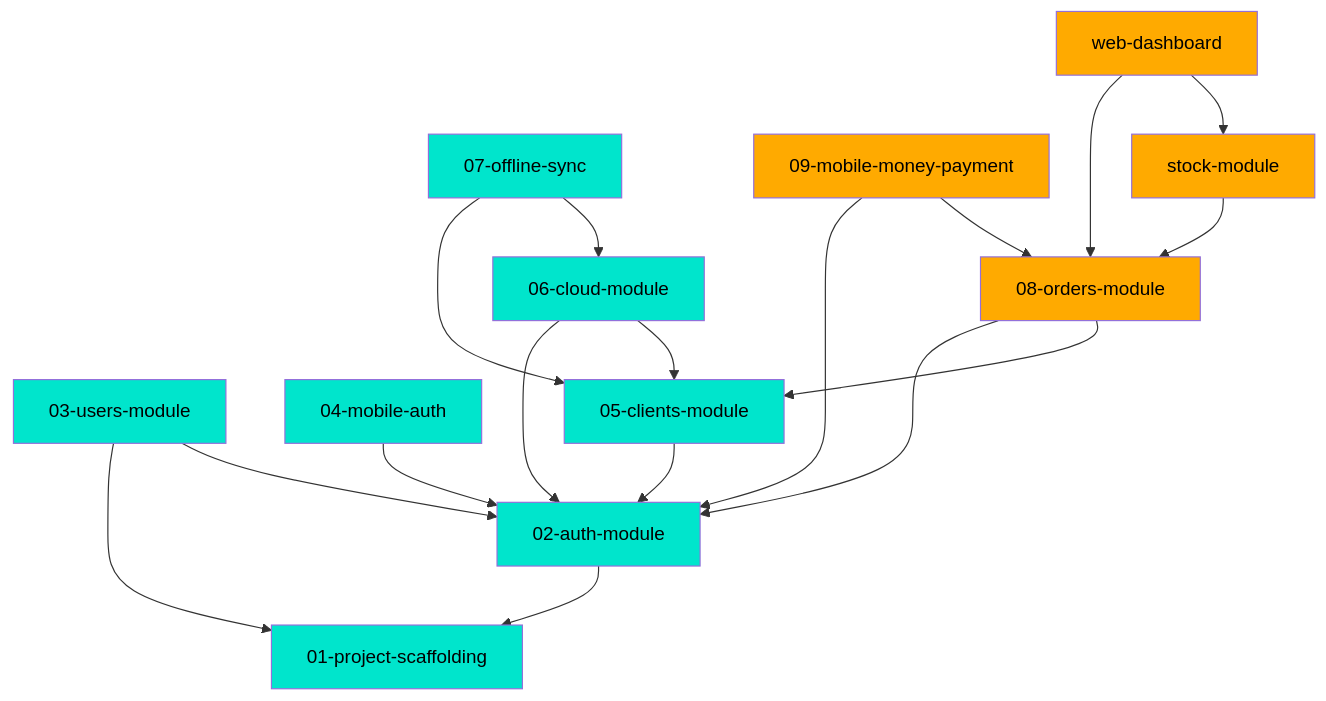
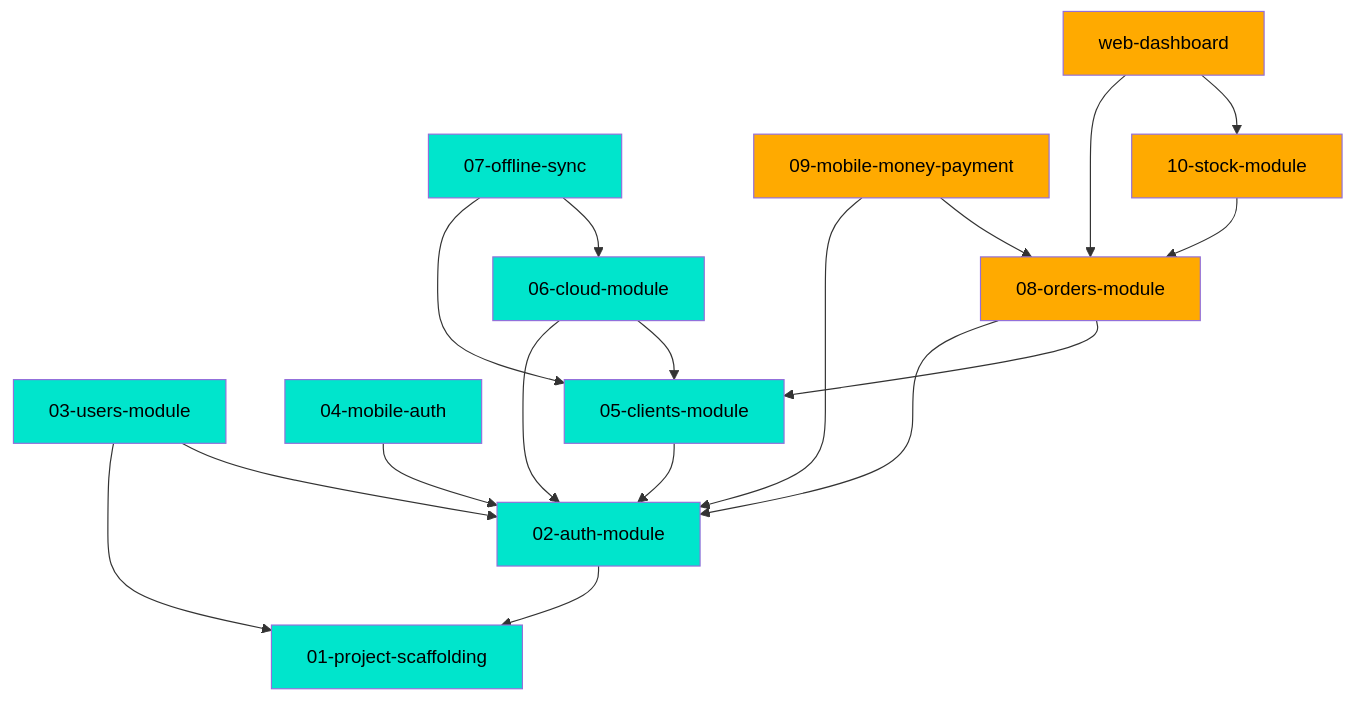
The diagram in .mdd/connections.md (pgndiaye/PGN-CC-PROJETS), drawn with Mermaid before and after one commit. The commit also changed other lines of this file and 5 other files, not shown here.

First line of the commit message:
docs(mdd): sync 10-stock-module and 11-web-dashboard docs

````diff
--- a/.mdd/connections.md
+++ b/.mdd/connections.md
@@ -48,38 +33,36 @@
 ```mermaid
 graph TD
-  d01["01-project-scaffolding"]:::complete
-  d02["02-auth-module"]:::complete
-  d03["03-users-module"]:::complete
-  d04["04-mobile-auth"]:::complete
-  d05["05-clients-module"]:::complete
-  d06["06-cloud-module"]:::complete
-  d07["07-offline-sync"]:::complete
-  d08["08-orders-module"]:::in_progress
-  d09["09-mobile-money-payment"]:::in_progress
-  d10["stock-module"]:::in_progress
-  d11["web-dashboard"]:::in_progress
+  d01[01-project-scaffolding]:::complete
+  d02[02-auth-module]:::complete
+  d03[03-users-module]:::complete
+  d04[04-mobile-auth]:::complete
+  d05[05-clients-module]:::complete
+  d06[06-cloud-module]:::complete
+  d07[07-offline-sync]:::complete
+  d08[08-orders-module]:::in_progress
+  d09[09-mobile-money-payment]:::in_progress
+  d10[10-stock-module]:::in_progress
+  d11[web-dashboard]:::in_progress
 
   d02 --> d01
   d03 --> d01
   d03 --> d02
   d04 --> d02
   d05 --> d02
   d06 --> d02
   d06 --> d05
   d07 --> d05
   d07 --> d06
   d08 --> d02
   d08 --> d05
   d09 --> d02
   d09 --> d08
   d10 --> d08
   d11 --> d08
   d11 --> d10
 
-  %% d10 = stock-module (id in doc), d11 = web-dashboard
-
   classDef complete fill:#00e5cc,color:#000
   classDef in_progress fill:#ffaa00,color:#000
   classDef draft fill:#888,color:#fff
   classDef deprecated fill:#555,color:#aaa
 ```
````
